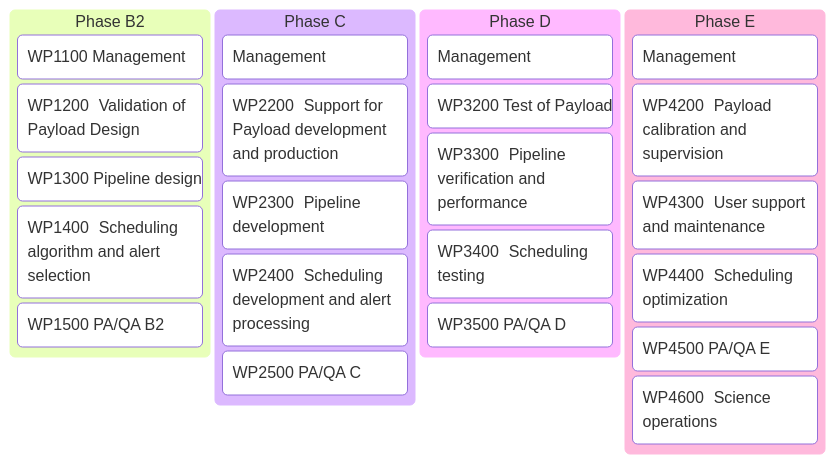
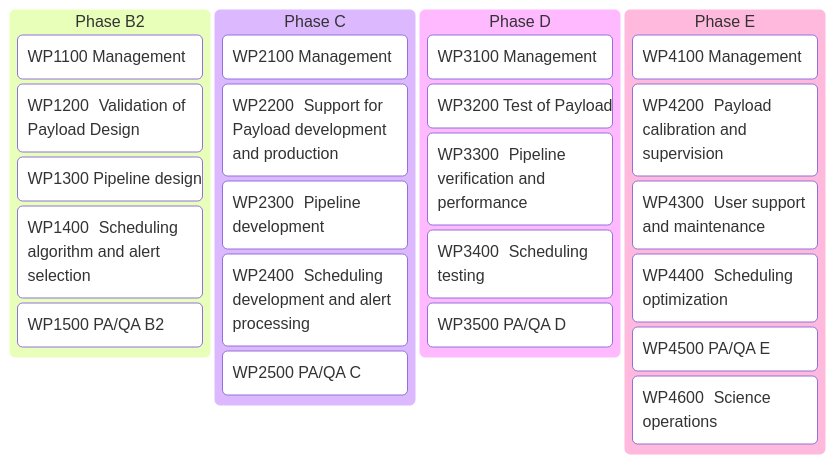
The diagram in calib/Workflow.md (limu007/quvik), drawn with Mermaid before and after one commit.

````diff
--- a/calib/Workflow.md
+++ b/calib/Workflow.md
@@ -4,33 +4,33 @@
 ```mermaid
 ---
 config:
   kanban:
     ticketBaseUrl: 'https://quvik.cz/browse/#TICKET#'
 ---
 kanban
   Phase B2
     [WP1100 Management]
     WP1200	Validation of Payload Design
     WP1300	Pipeline design
     WP1400	Scheduling algorithm and alert selection
     WP1500	PA/QA B2
   [Phase C]
-    WP2100[Management]
+    [WP2100 Management]
     WP2200	Support for Payload development and production
-    WP2300	Pipeline development
+    WP2300	Pipeline development@{ticket:pip_dev}
     WP2400	Scheduling development and alert processing
     WP2500	PA/QA C
   id9[Phase D]
-    WP3100[Management]
+    [WP3100 Management]
     WP3200	Test of Payload
     WP3300	Pipeline verification and performance
     WP3400	Scheduling testing
     WP3500	PA/QA D
   id10[Phase E]
-    WP4100[Management]
+    [WP4100 Management]
     WP4200	Payload calibration and supervision
     WP4300	User support and maintenance
     WP4400	Scheduling optimization
     WP4500	PA/QA E
     WP4600	Science operations
 ```
````
